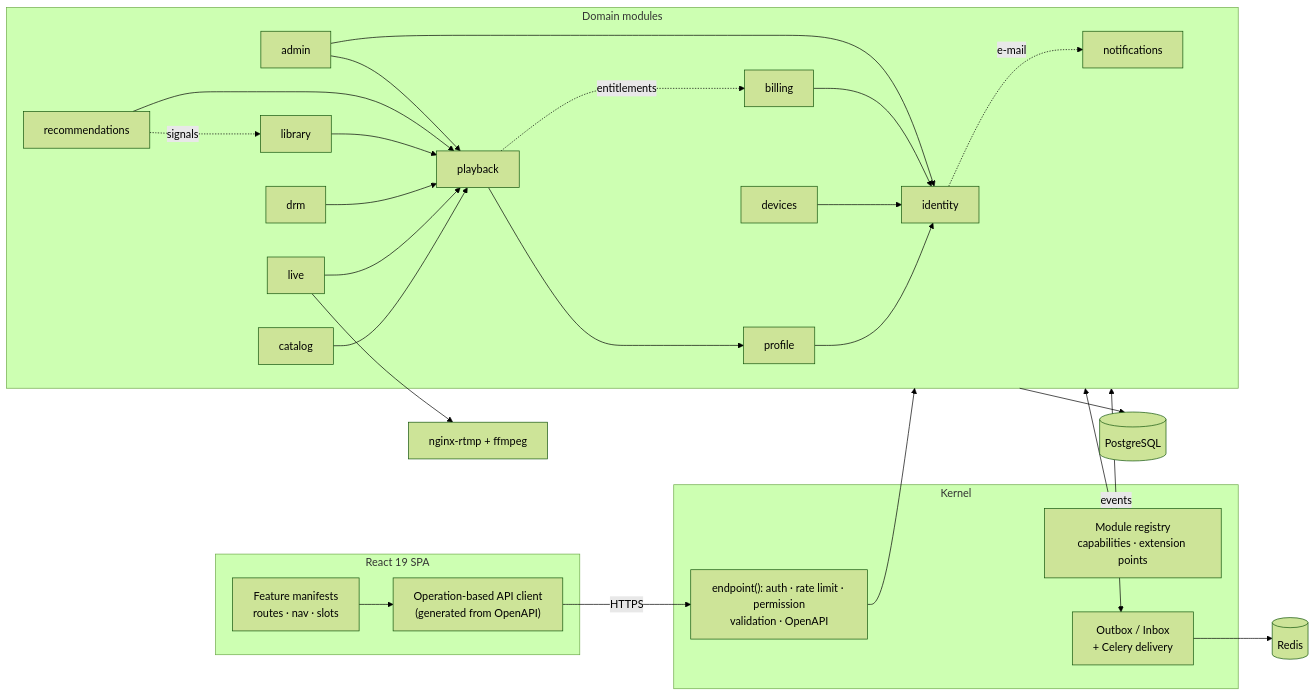
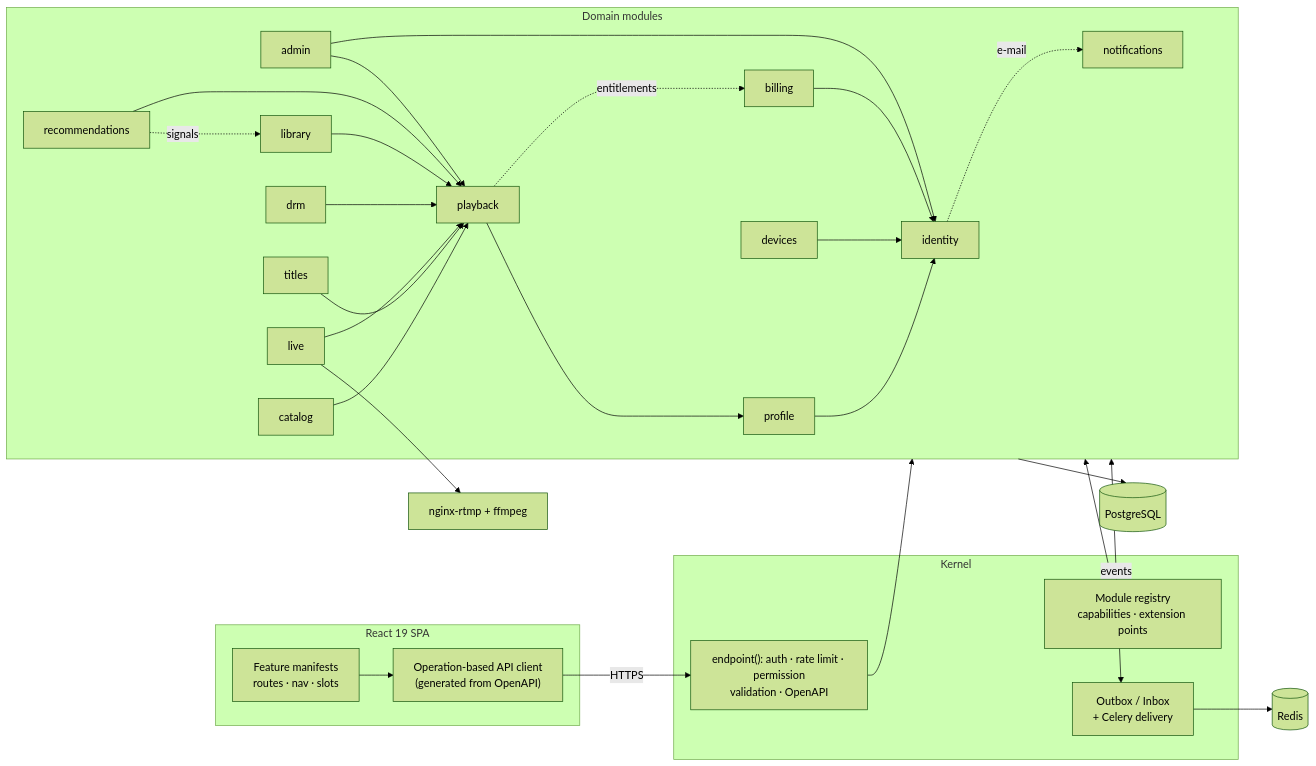
The diagram in README.md (AzizNeo/NeoTV), drawn with Mermaid (forest theme) before and after one commit. The commit also changed other lines of this file and 24 other files, not shown here.

````diff
--- a/README.md
+++ b/README.md
@@ -54,36 +54,37 @@
 ```mermaid
 flowchart LR
   subgraph Client["React 19 SPA"]
     UI["Feature manifests<br/>routes · nav · slots"] --> API["Operation-based API client<br/>(generated from OpenAPI)"]
   end
 
   subgraph Kernel["Kernel"]
     EP["endpoint(): auth · rate limit · permission<br/>validation · OpenAPI"]
     REG["Module registry<br/>capabilities · extension points"]
     OB["Outbox / Inbox<br/>+ Celery delivery"]
   end
 
   subgraph Modules["Domain modules"]
     identity -. e-mail .-> notifications
     profile --> identity
     devices --> identity
     billing --> identity
     playback --> profile
     playback -. entitlements .-> billing
     catalog --> playback
+    titles --> playback
     live --> playback
     drm --> playback
     library --> playback
     recommendations --> playback
     recommendations -. signals .-> library
     admin --> identity
     admin --> playback
   end
 
   API -->|HTTPS| EP --> Modules
   Modules <--> REG
   Modules <-->|events| OB
   OB --> Redis[("Redis")]
   Modules --> PG[("PostgreSQL")]
   live --> RTMP["nginx-rtmp + ffmpeg"]
 ```
````
